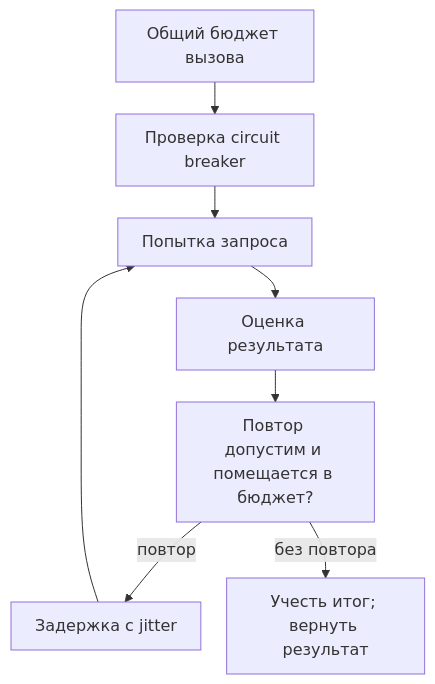
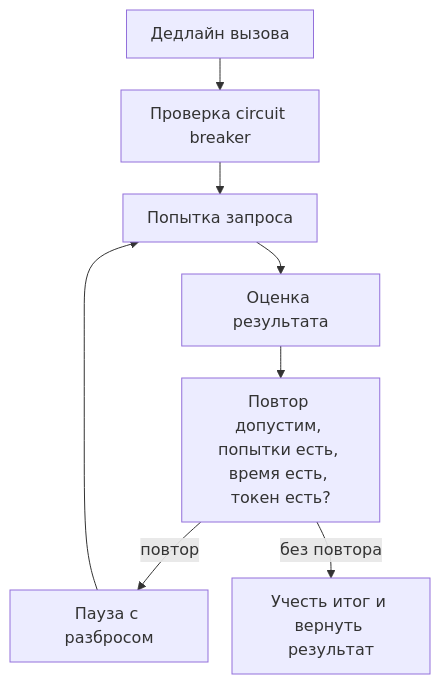
Before and after one commit to bedrock-python/bedrock-python.github.io: the diagram in translations/ru/blog/posts/2026-09-13-production-http-grpc-clients.md, drawn with Mermaid. The commit also changed other lines of this file and 345 other files, not shown here.

````diff
--- a/translations/ru/blog/posts/2026-09-13-production-http-grpc-clients.md
+++ b/translations/ru/blog/posts/2026-09-13-production-http-grpc-clients.md
@@ -218,26 +194,26 @@
 ```mermaid
 ---
 config:
   theme: default
   look: classic
   flowchart:
     useMaxWidth: false
     wrappingWidth: 150
     padding: 12
     nodeSpacing: 24
     rankSpacing: 32
 ---
 flowchart TD
     accTitle: Один HTTP-вызов, несколько возможных попыток
-    accDescr: HTTP breaker проверяется до повторов и учитывает их итоговый результат. Все попытки используют общий дедлайн вызова.
-    A["Общий бюджет вызова"]
+    accDescr: Breaker проверяется один раз на вызов и учитывает итоговый результат. Все попытки делят дедлайн вызова, и каждому повтору нужен токен бюджета.
+    A["Дедлайн вызова"]
     B["Проверка circuit breaker"]
     C["Попытка запроса"]
     D["Оценка результата"]
-    E["Повтор допустим и помещается в бюджет?"]
-    F["Задержка с jitter"]
-    G["Учесть итог; вернуть результат"]
+    E["Повтор допустим, попытки есть, время есть, токен есть?"]
+    F["Пауза с разбросом"]
+    G["Учесть итог и вернуть результат"]
     A --> B --> C --> D --> E
     E -->|"повтор"| F --> C
     E -->|"без повтора"| G
 ```
````
